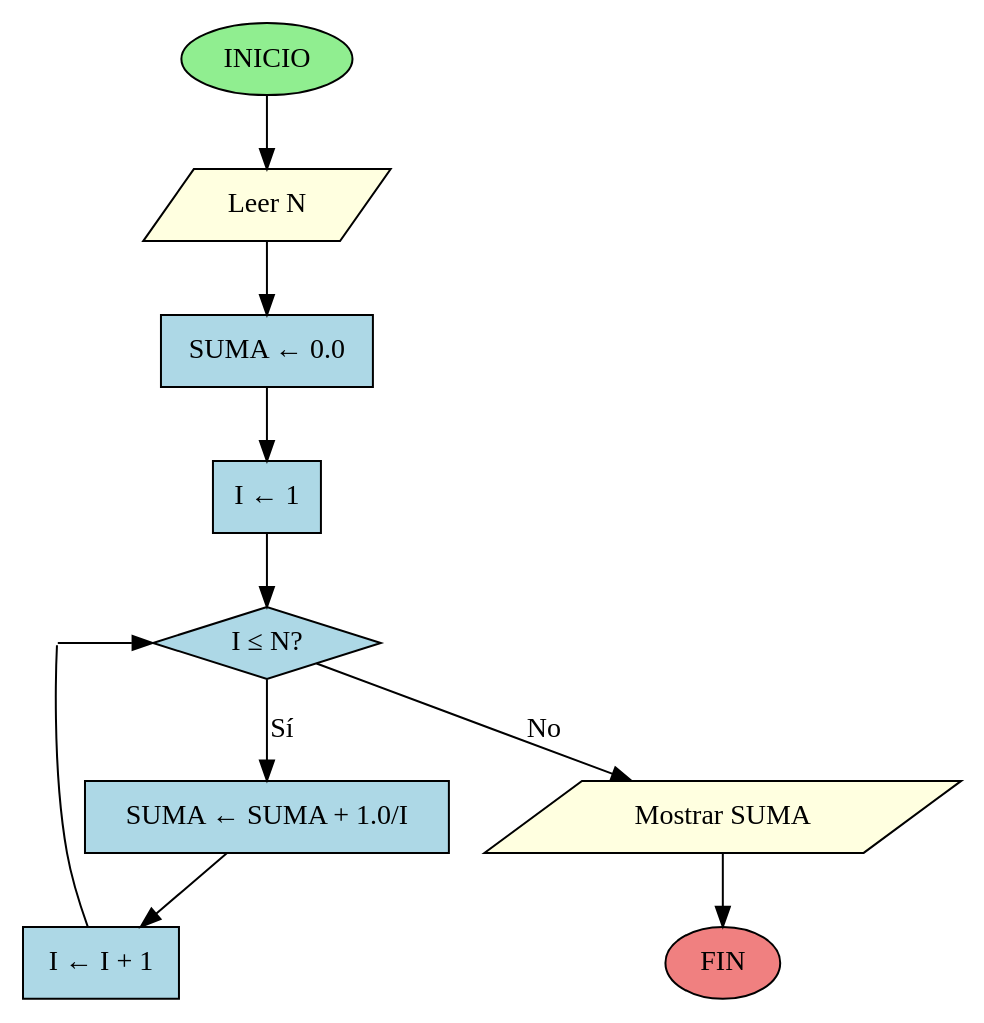
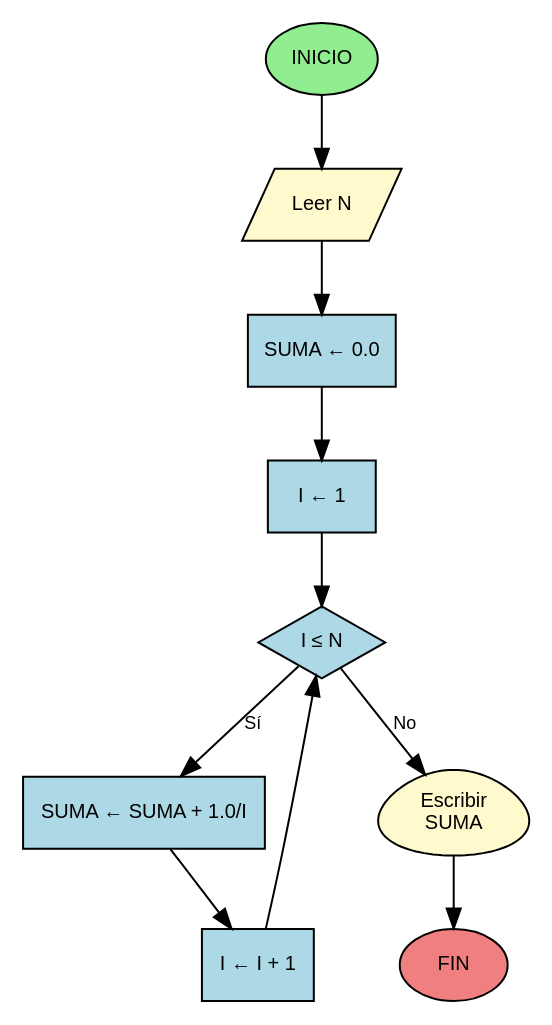
The diagram in diagramas/problema_ps_3_5.dot (D1egoXD/JAVA-TICS), drawn with Graphviz before and after one commit. The commit also changed 2 other files, not shown here.

Commit message:
Actualizar PS 3.5 - Serie armónica

```diff
--- a/diagramas/problema_ps_3_5.dot
+++ b/diagramas/problema_ps_3_5.dot
@@ -1,39 +1,27 @@
-digraph problema_ps_3_5 {
+digraph SerieArmonica {
     rankdir=TB;
-    node [shape=box, style=filled];
+    node [shape=box, style=filled, fontname="Arial", fontsize=10];
+    edge [fontname="Arial", fontsize=9];
     
     // Nodos
-    inicio [label="INICIO", fillcolor=lightgreen, shape=ellipse];
-    leer_n [label="Leer N", fillcolor=lightyellow, shape=parallelogram];
-    init_suma [label="SUMA ← 0.0", fillcolor=lightblue];
-    init_i [label="I ← 1", fillcolor=lightblue];
+    inicio [label="INICIO", shape=oval, fillcolor="#90EE90", color=black, fontcolor=black];
+    leerN [label="Leer N", shape=parallelogram, fillcolor="#FFFACD", color=black, fontcolor=black];
+    initSuma [label="SUMA ← 0.0", shape=box, fillcolor="#ADD8E6", color=black, fontcolor=black];
+    initI [label="I ← 1", shape=box, fillcolor="#ADD8E6", color=black, fontcolor=black];
+    decision [label="I ≤ N", shape=diamond, fillcolor="#ADD8E6", color=black, fontcolor=black];
+    calcular [label="SUMA ← SUMA + 1.0/I", shape=box, fillcolor="#ADD8E6", color=black, fontcolor=black];
+    incrementar [label="I ← I + 1", shape=box, fillcolor="#ADD8E6", color=black, fontcolor=black];
+    escribir [label="Escribir\nSUMA", shape=egg, fillcolor="#FFFACD", color=black, fontcolor=black];
+    fin [label="FIN", shape=oval, fillcolor="#F08080", color=black, fontcolor=black];
     
-    cond_ciclo [label="I ≤ N?", fillcolor=lightblue, shape=diamond];
-    
-    calc_termino [label="SUMA ← SUMA + 1.0/I", fillcolor=lightblue];
-    inc_i [label="I ← I + 1", fillcolor=lightblue];
-    
-    mostrar [label="Mostrar SUMA", fillcolor=lightyellow, shape=parallelogram];
-    fin [label="FIN", fillcolor=lightcoral, shape=ellipse];
-    
-    // Conectores invisibles para mejor alineación
-    conector1 [label="", shape=point, width=0, fillcolor=white];
-    conector2 [label="", shape=point, width=0, fillcolor=white];
-    
-    // Flujo
-    inicio -> leer_n;
-    leer_n -> init_suma;
-    init_suma -> init_i;
-    init_i -> cond_ciclo;
-    
-    cond_ciclo -> calc_termino [label="Sí"];
-    calc_termino -> inc_i;
-    inc_i -> conector1 [arrowhead=none];
-    conector1 -> cond_ciclo;
-    
-    cond_ciclo -> mostrar [label="No"];
-    mostrar -> fin;
-    
-    // Alineación
-    {rank=same; conector1; cond_ciclo;}
+    // Conexiones
+    inicio -> leerN;
+    leerN -> initSuma;
+    initSuma -> initI;
+    initI -> decision;
+    decision -> calcular [label="Sí"];
+    decision -> escribir [label="No"];
+    calcular -> incrementar;
+    incrementar -> decision;
+    escribir -> fin;
 }
```
